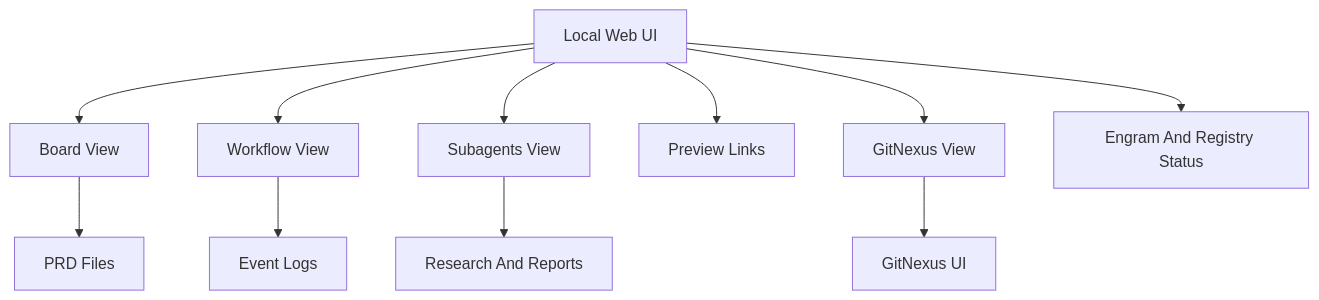
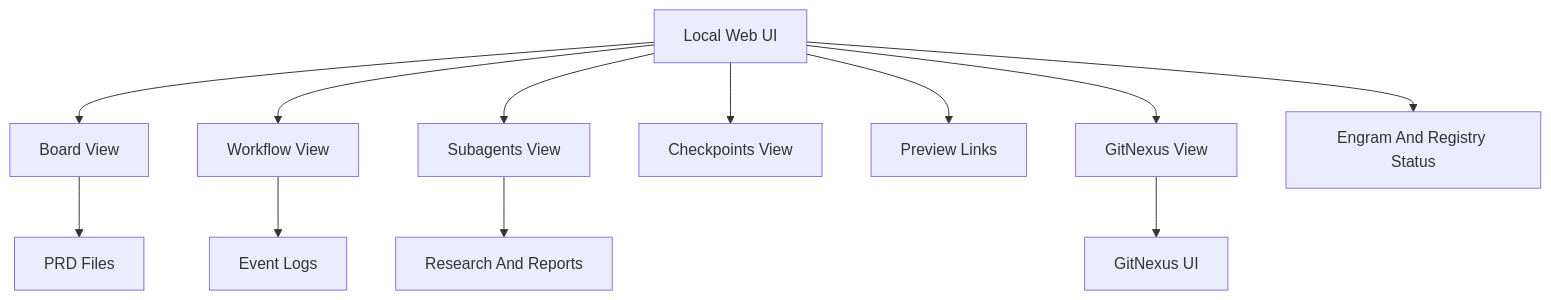
One commit to devopstales/aiskillgrid changed the diagram in docs/10-webui.md. Above: the diagram before and after it, drawn with Mermaid. The commit also changed other lines of this file and 29 other files, not shown here.

````diff
--- a/docs/10-webui.md
+++ b/docs/10-webui.md
@@ -35,13 +39,14 @@
 ```mermaid
 flowchart TD
   WebUI[Local Web UI] --> Board[Board View]
   WebUI --> Workflow[Workflow View]
   WebUI --> Subagents[Subagents View]
+  WebUI --> Checkpoints[Checkpoints View]
   WebUI --> Previews[Preview Links]
   WebUI --> Graph[GitNexus View]
   Board --> PRD[PRD Files]
   Workflow --> Events[Event Logs]
   Subagents --> Reports[Research And Reports]
   Graph --> GitNexus[GitNexus UI]
   WebUI --> Memory[Engram And Registry Status]
 ```
````
